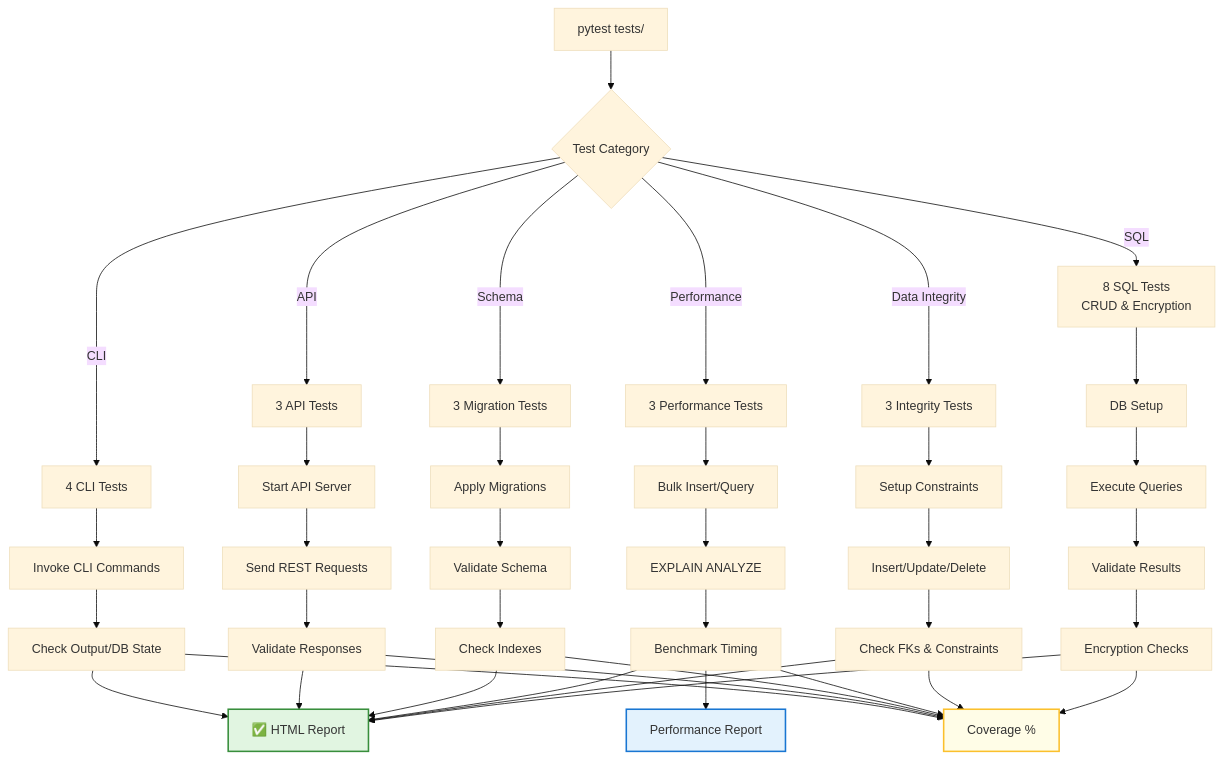
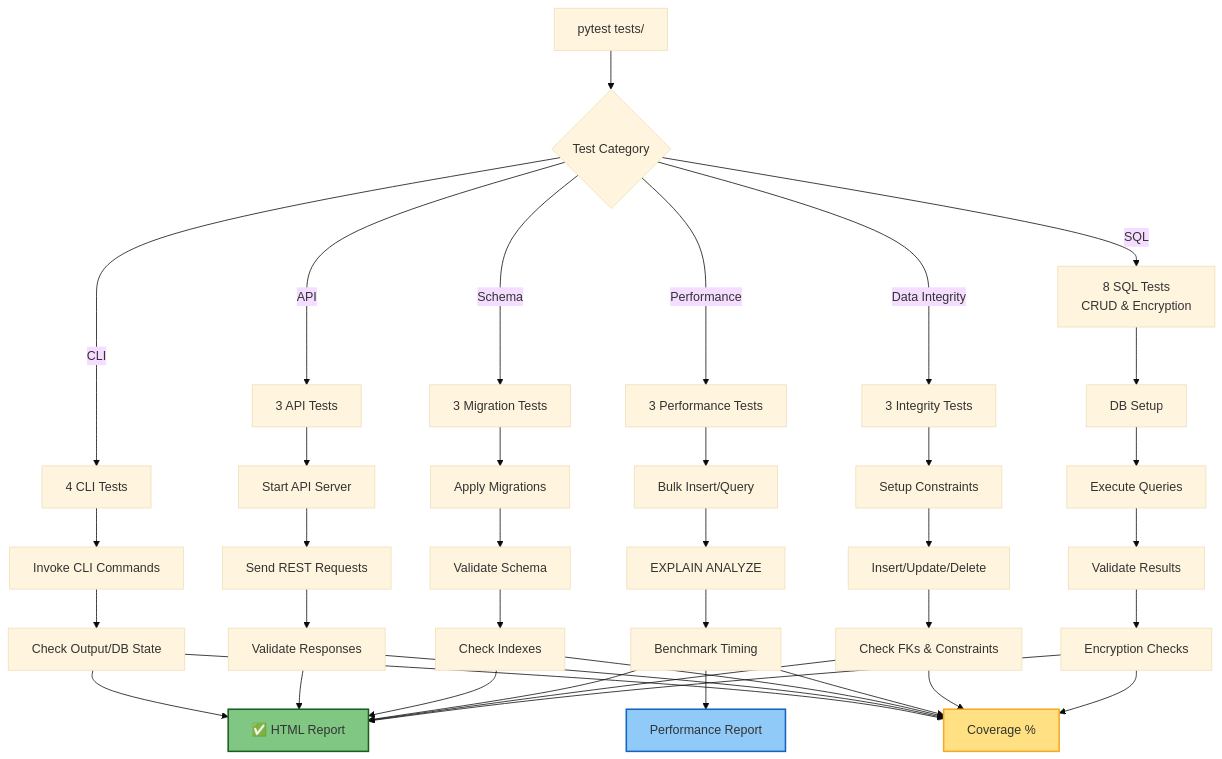
The second of 3 diagrams in README.md (steadhac/database-qa-automation), drawn with Mermaid (base theme) before and after one commit.

Commit message:
Updating the color of the Test execution flow graph

````diff
--- a/README.md
+++ b/README.md
@@ -183,55 +183,55 @@
 ```mermaid
 graph TD
     A["pytest tests/"] --> B{Test Category}
 
     B -->|SQL| C1["8 SQL Tests<br/>CRUD & Encryption"]
     C1 --> C2["DB Setup"]
     C2 --> C3["Execute Queries"]
     C3 --> C4["Validate Results"]
     C4 --> C5["Encryption Checks"]
     C5 --> R1
     C5 --> R2
 
     B -->|Data Integrity| D1["3 Integrity Tests"]
     D1 --> D2["Setup Constraints"]
     D2 --> D3["Insert/Update/Delete"]
     D3 --> D4["Check FKs & Constraints"]
     D4 --> R1
     D4 --> R2
 
     B -->|Performance| E1["3 Performance Tests"]
     E1 --> E2["Bulk Insert/Query"]
     E2 --> E3["EXPLAIN ANALYZE"]
     E3 --> E4["Benchmark Timing"]
     E4 --> R1
     E4 --> R2
     E4 --> E5["Performance Report"]
 
     B -->|Schema| F1["3 Migration Tests"]
     F1 --> F2["Apply Migrations"]
     F2 --> F3["Validate Schema"]
     F3 --> F4["Check Indexes"]
     F4 --> R1
     F4 --> R2
 
     B -->|API| G1["3 API Tests"]
     G1 --> G2["Start API Server"]
     G2 --> G3["Send REST Requests"]
     G3 --> G4["Validate Responses"]
     G4 --> R1
     G4 --> R2
 
     B -->|CLI| H1["4 CLI Tests"]
     H1 --> H2["Invoke CLI Commands"]
     H2 --> H3["Check Output/DB State"]
     H3 --> R1
     H3 --> R2
 
     R1["✅ HTML Report"]
     R2["Coverage %"]
     E5["Performance Report"]
-
-    style E5 fill:#e3f2fd,stroke:#1976d2,stroke-width:2px
-    style R1 fill:#e1f5e1,stroke:#388e3c,stroke-width:2px
-    style R2 fill:#fffde7,stroke:#fbc02d,stroke-width:2px
+    
+style E5 fill:#90caf9,stroke:#1565c0,stroke-width:2px
+style R1 fill:#81c784,stroke:#1b5e20,stroke-width:2px
+style R2 fill:#ffe082,stroke:#f9a825,stroke-width:2px
 ```
````
